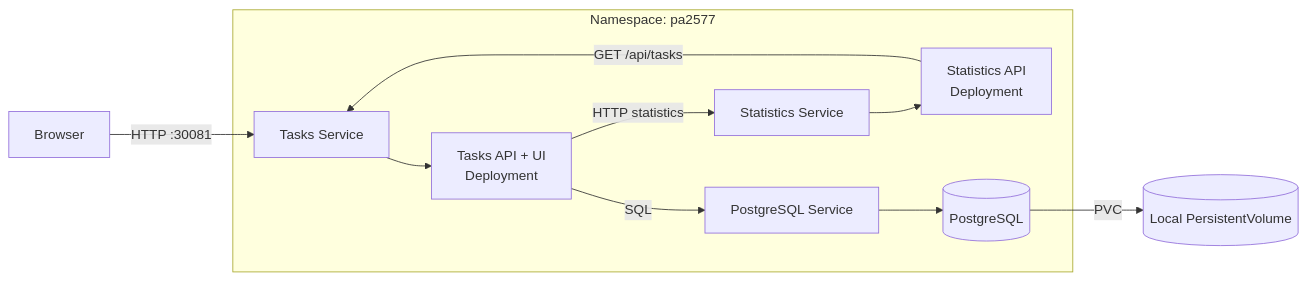
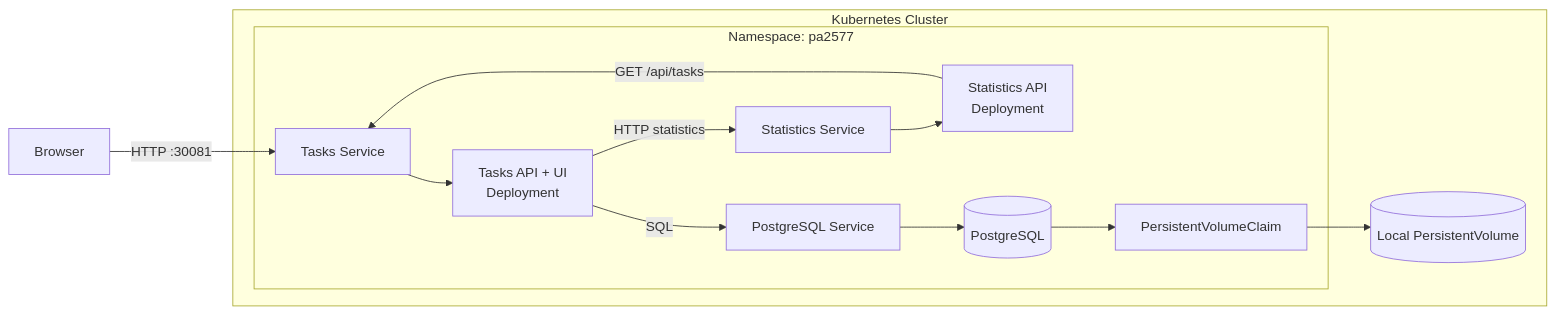
The diagram in README.md (icordus/PA2577), drawn with Mermaid before and after one commit.

````diff
--- a/README.md
+++ b/README.md
@@ -15,20 +15,25 @@
 ```mermaid
 flowchart LR
 	Browser[Browser]
-	subgraph Kubernetes[Namespace: pa2577]
-		TasksSvc[Tasks Service]
-		Tasks["Tasks API + UI<br/>Deployment"]
-		StatsSvc[Statistics Service]
-		Stats["Statistics API<br/>Deployment"]
-		DBSvc[PostgreSQL Service]
-		DB[(PostgreSQL)]
-		TasksSvc --> Tasks
-		Tasks -->|HTTP statistics| StatsSvc
-		StatsSvc --> Stats
-		Stats -->|GET /api/tasks| TasksSvc
-		Tasks -->|SQL| DBSvc
-		DBSvc --> DB
+	subgraph Cluster[Kubernetes Cluster]
+		subgraph Namespace[Namespace: pa2577]
+			TasksSvc[Tasks Service]
+			Tasks["Tasks API + UI<br/>Deployment"]
+			StatsSvc[Statistics Service]
+			Stats["Statistics API<br/>Deployment"]
+			DBSvc[PostgreSQL Service]
+			DB[(PostgreSQL)]
+			PVC[PersistentVolumeClaim]
+			TasksSvc --> Tasks
+			Tasks -->|HTTP statistics| StatsSvc
+			StatsSvc --> Stats
+			Stats -->|GET /api/tasks| TasksSvc
+			Tasks -->|SQL| DBSvc
+			DBSvc --> DB
+			DB --> PVC
+		end
+		PV[(Local PersistentVolume)]
+		PVC --> PV
 	end
 	Browser -->|HTTP :30081| TasksSvc
-	DB -->|PVC| PV[(Local PersistentVolume)]
 ```
````
